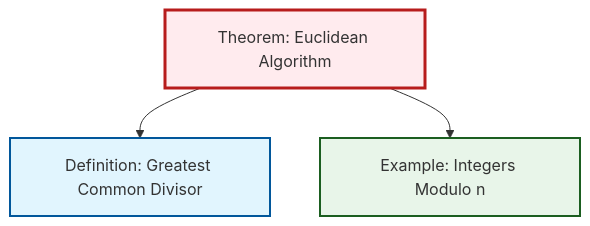
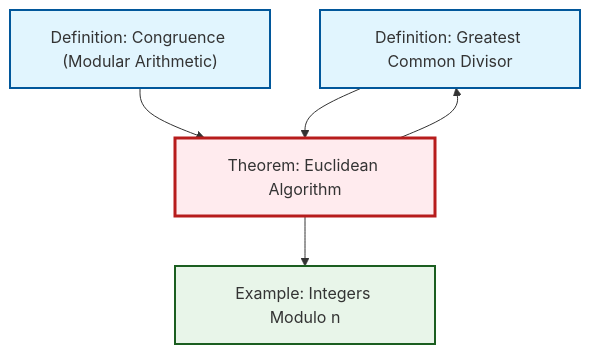
Before and after one commit to RK0429/ModernMath: the second of 2 diagrams in content/en/number-theory/thm-euclidean-algorithm.qmd, drawn with Mermaid. The commit also changed 417 other files, not shown here.

````diff
--- a/content/en/number-theory/thm-euclidean-algorithm.qmd
+++ b/content/en/number-theory/thm-euclidean-algorithm.qmd
@@ -94,17 +94,21 @@
 ```{mermaid}
 %%| fig-cap: "Local dependency graph"
 graph TD
     classDef definition fill:#e1f5fe,stroke:#01579b,stroke-width:2px
     classDef theorem fill:#f3e5f5,stroke:#4a148c,stroke-width:2px
     classDef axiom fill:#fff3e0,stroke:#e65100,stroke-width:2px
     classDef example fill:#e8f5e9,stroke:#1b5e20,stroke-width:2px
     classDef current fill:#ffebee,stroke:#b71c1c,stroke-width:3px
+    def-gcd["Definition: Greatest Common Divisor"]:::definition
+    ex-quotient-integers-mod-n["Example: Integers Modulo n"]:::example
+    def-congruence["Definition: Congruence (Modular Arithmetic)"]:::definition
     thm-euclidean-algorithm["Theorem: Euclidean Algorithm"]:::theorem
-    ex-quotient-integers-mod-n["Example: Integers Modulo n"]:::example
-    def-gcd["Definition: Greatest Common Divisor"]:::definition
     thm-euclidean-algorithm --> def-gcd
+    def-congruence --> thm-euclidean-algorithm
     thm-euclidean-algorithm --> ex-quotient-integers-mod-n
+    def-gcd --> thm-euclidean-algorithm
     class thm-euclidean-algorithm current
+    click def-gcd "def-gcd.html" "Go to Greatest Common Divisor definition"
     click ex-quotient-integers-mod-n "ex-quotient-integers-mod-n.html" "Go to Integers Modulo n example"
-    click def-gcd "def-gcd.html" "Go to Greatest Common Divisor definition"
+    click def-congruence "def-congruence.html" "Go to Congruence (Modular Arithmetic) definition"
 ```
````
